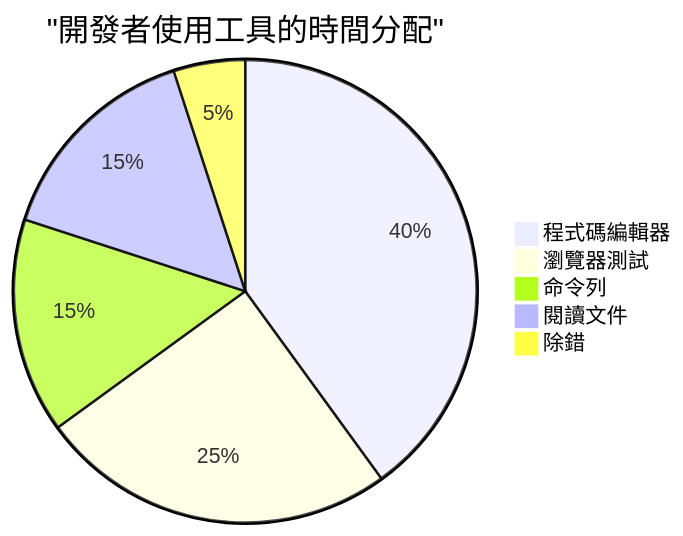
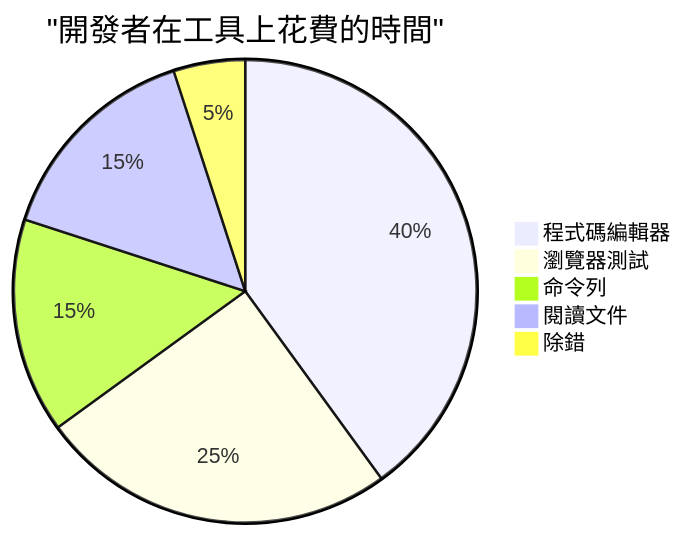
The sixth of 7 diagrams in translations/zh-TW/1-getting-started-lessons/1-intro-to-programming-languages/README.md (microsoft/Web-Dev-For-Beginners), drawn with Mermaid before and after one commit. The commit also changed other lines of this file and 8 other files, not shown here.

````diff
--- a/translations/zh-TW/1-getting-started-lessons/1-intro-to-programming-languages/README.md
+++ b/translations/zh-TW/1-getting-started-lessons/1-intro-to-programming-languages/README.md
@@ -711,8 +714,8 @@
 ```mermaid
-pie title "開發者使用工具的時間分配"
+pie title "開發者在工具上花費的時間"
     "程式碼編輯器" : 40
     "瀏覽器測試" : 25
     "命令列" : 15
     "閱讀文件" : 15
     "除錯" : 5
 ```
````
